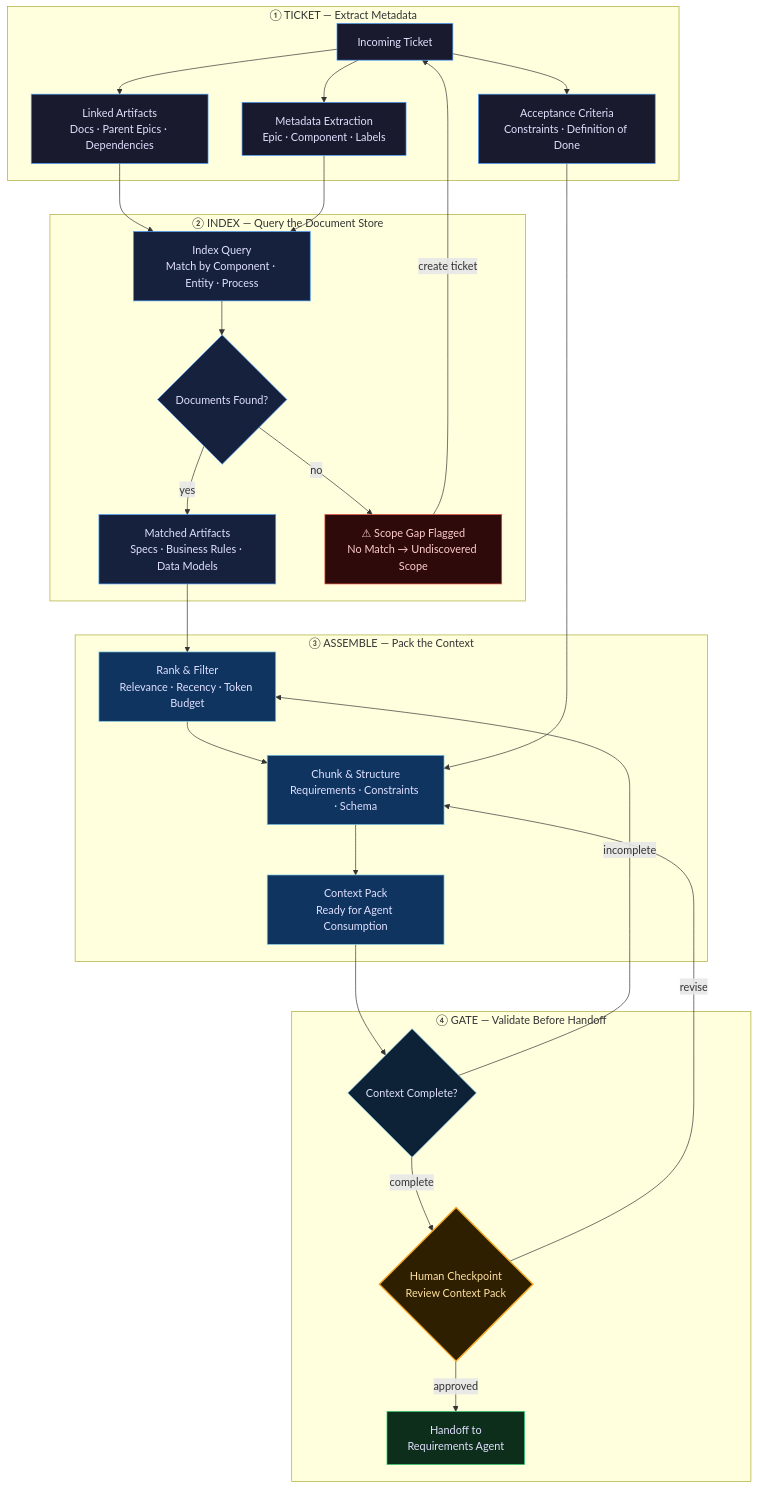
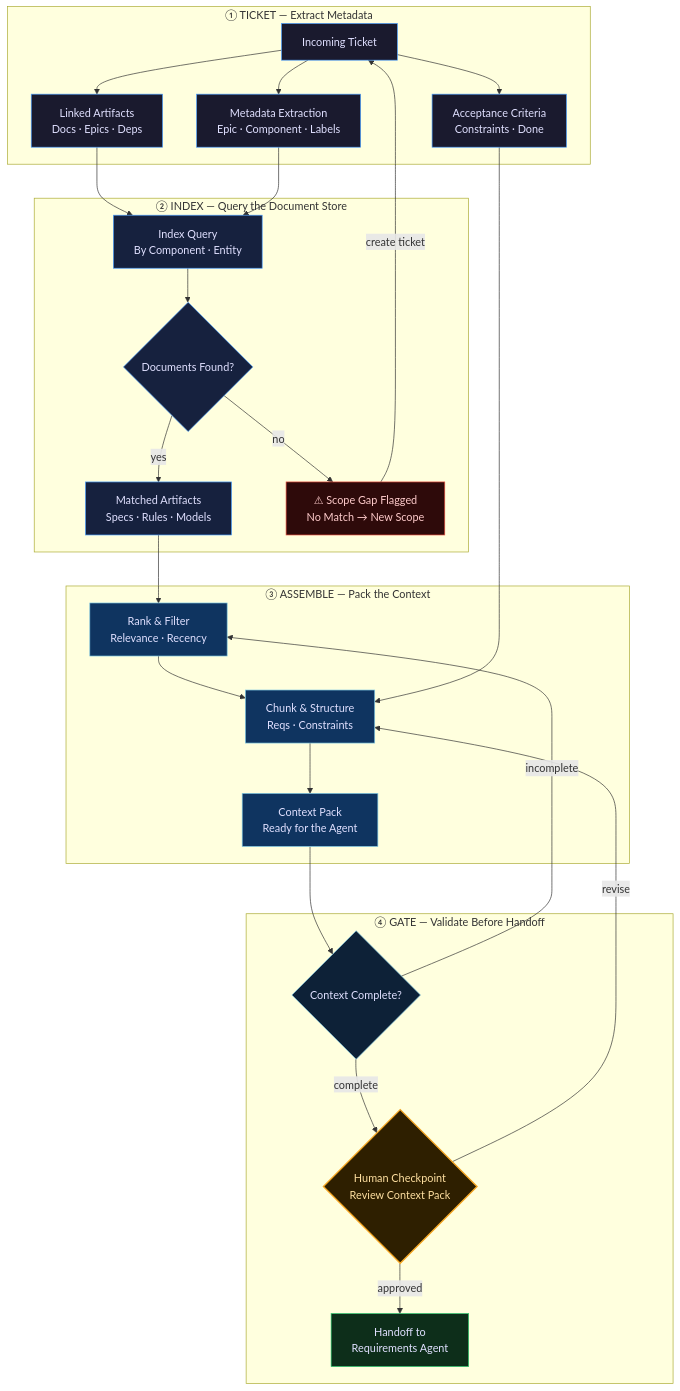
One commit to bryancalabro/bryancalabro changed the eighth of 11 diagrams in README.md. Above: the diagram before and after it, drawn with Mermaid. The commit also changed other lines of this file and 1 other file, not shown here.

````diff
--- a/README.md
+++ b/README.md
@@ -475,60 +475,60 @@
 ```mermaid
 flowchart TD
     subgraph TICKET["① TICKET — Extract Metadata"]
         TK[Incoming Ticket]
         TM["Metadata Extraction<br/>Epic · Component · Labels"]
-        AC["Acceptance Criteria<br/>Constraints · Definition of Done"]
-        LK["Linked Artifacts<br/>Docs · Parent Epics · Dependencies"]
+        AC["Acceptance Criteria<br/>Constraints · Done"]
+        LK["Linked Artifacts<br/>Docs · Epics · Deps"]
         TK --> TM
         TK --> AC
         TK --> LK
     end
 
     subgraph INDEX["② INDEX — Query the Document Store"]
-        QRY["Index Query<br/>Match by Component · Entity · Process"]
+        QRY["Index Query<br/>By Component · Entity"]
         HIT{Documents Found?}
-        MATCH["Matched Artifacts<br/>Specs · Business Rules · Data Models"]
-        FLAG["⚠ Scope Gap Flagged<br/>No Match → Undiscovered Scope"]
+        MATCH["Matched Artifacts<br/>Specs · Rules · Models"]
+        FLAG["⚠ Scope Gap Flagged<br/>No Match → New Scope"]
         LK --> QRY
         TM --> QRY
         QRY --> HIT
         HIT -->|yes| MATCH
         HIT -->|no| FLAG
         FLAG -->|create ticket| TK
     end
 
     subgraph ASSEMBLE["③ ASSEMBLE — Pack the Context"]
-        RANK["Rank & Filter<br/>Relevance · Recency · Token Budget"]
-        CHUNK["Chunk & Structure<br/>Requirements · Constraints · Schema"]
-        CTX["Context Pack<br/>Ready for Agent Consumption"]
+        RANK["Rank & Filter<br/>Relevance · Recency"]
+        CHUNK["Chunk & Structure<br/>Reqs · Constraints"]
+        CTX["Context Pack<br/>Ready for the Agent"]
         MATCH --> RANK --> CHUNK --> CTX
         AC --> CHUNK
     end
 
     subgraph GATE["④ GATE — Validate Before Handoff"]
         CHK{Context Complete?}
         HC{"Human Checkpoint<br/>Review Context Pack"}
         READY["Handoff to<br/>Requirements Agent"]
         CHK -->|incomplete| RANK
         CTX --> CHK
         CHK -->|complete| HC
         HC -->|approved| READY
         HC -->|revise| CHUNK
     end
 
     classDef ticketStyle fill:#1a1a2e,stroke:#4a9eff,color:#e0e0ff
     classDef indexStyle fill:#16213e,stroke:#4a9eff,color:#e0e0ff
     classDef assembleStyle fill:#0f3460,stroke:#7ec8e3,color:#e0e0ff
     classDef gateStyle fill:#0d2137,stroke:#7ec8e3,color:#e0e0ff
     classDef flagStyle fill:#2e0a0a,stroke:#e74c3c,color:#ffcccc
     classDef humanStyle fill:#2e1f00,stroke:#f5a623,color:#ffe0a0,stroke-width:2px
     classDef readyStyle fill:#0d2e1a,stroke:#2ecc71,color:#e0e0ff
 
     class TK,TM,AC,LK ticketStyle
     class QRY,HIT,MATCH indexStyle
     class RANK,CHUNK,CTX assembleStyle
     class CHK gateStyle
     class FLAG flagStyle
     class HC humanStyle
     class READY readyStyle
 ```
````
